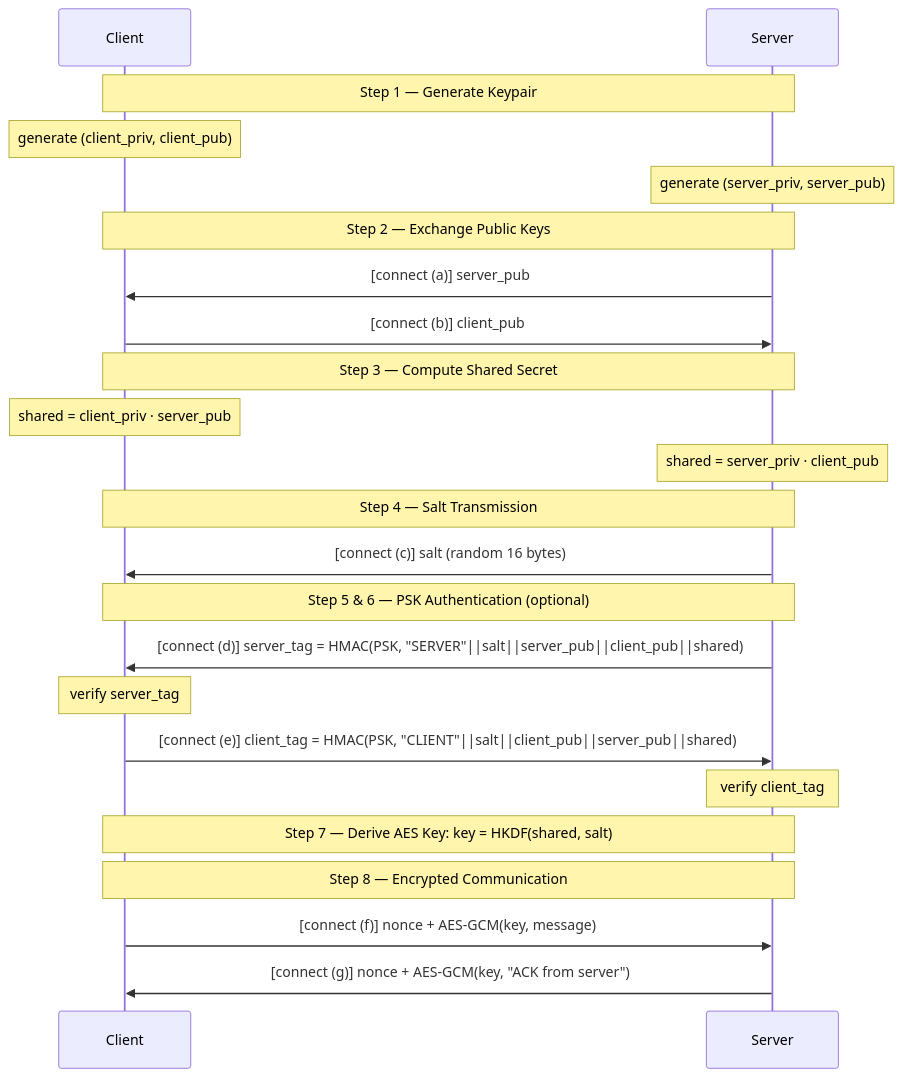
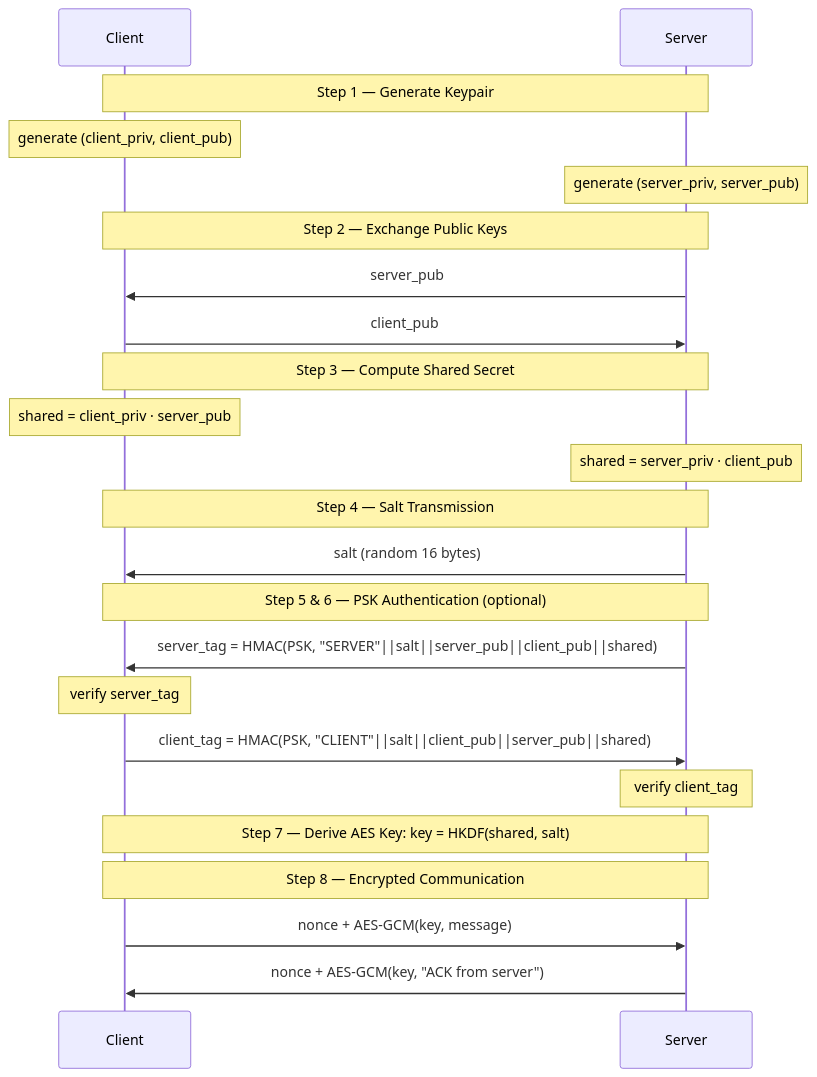
Before and after one commit to hanbo-fan/diffie-hellman-mitm-attack-demo: the first of 2 diagrams in README.md, drawn with Mermaid. The commit also changed other lines of this file, not shown here.

````diff
--- a/README.md
+++ b/README.md
@@ -15,25 +15,25 @@
 ```mermaid
 sequenceDiagram
     participant C as Client
     participant S as Server
     Note over C,S: Step 1 — Generate Keypair
     Note over C: generate (client_priv, client_pub)
     Note over S: generate (server_priv, server_pub)
     Note over C,S: Step 2 — Exchange Public Keys
-    S->>C: [connect (a)] server_pub
-    C->>S: [connect (b)] client_pub
+    S->>C: server_pub
+    C->>S: client_pub
     Note over C,S: Step 3 — Compute Shared Secret
     Note over C: shared = client_priv · server_pub
     Note over S: shared = server_priv · client_pub
     Note over C,S: Step 4 — Salt Transmission
-    S->>C: [connect (c)] salt (random 16 bytes)
+    S->>C: salt (random 16 bytes)
     Note over C,S: Step 5 & 6 — PSK Authentication (optional)
-    S->>C: [connect (d)] server_tag = HMAC(PSK, "SERVER"||salt||server_pub||client_pub||shared)
+    S->>C: server_tag = HMAC(PSK, "SERVER"||salt||server_pub||client_pub||shared)
     Note over C: verify server_tag
-    C->>S: [connect (e)] client_tag = HMAC(PSK, "CLIENT"||salt||client_pub||server_pub||shared)
+    C->>S: client_tag = HMAC(PSK, "CLIENT"||salt||client_pub||server_pub||shared)
     Note over S: verify client_tag
     Note over C,S: Step 7 — Derive AES Key: key = HKDF(shared, salt)
     Note over C,S: Step 8 — Encrypted Communication
-    C->>S: [connect (f)] nonce + AES-GCM(key, message)
-    S->>C: [connect (g)] nonce + AES-GCM(key, "ACK from server")
+    C->>S: nonce + AES-GCM(key, message)
+    S->>C: nonce + AES-GCM(key, "ACK from server")
 ```
````
